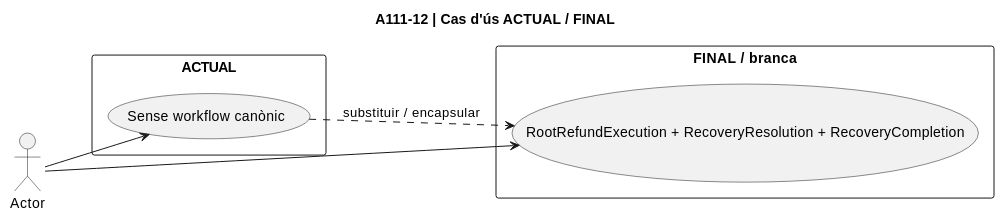
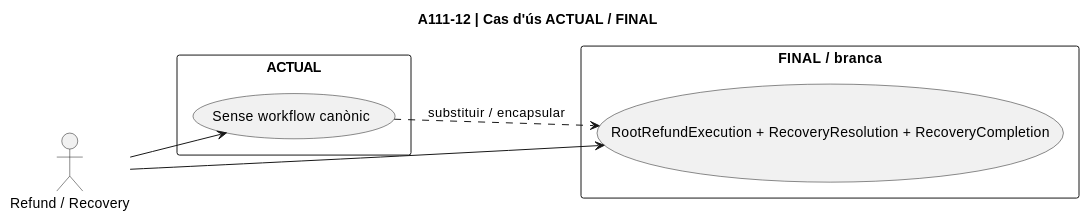
One commit to orgmeriemprismacat-del/verifactu changed diagram 45 of 48 in documentacio/07-uml-integrat/uc-111-diagrames-per-accio.md. Above: the diagram before and after it, drawn with PlantUML. The commit also changed other lines of this file, not shown here.

Commit message:
fix docs UC-111: restore explicit actor declarations in all 12 per-action use-case diagrams

````diff
--- a/documentacio/07-uml-integrat/uc-111-diagrames-per-accio.md
+++ b/documentacio/07-uml-integrat/uc-111-diagrames-per-accio.md
@@ -861,15 +872,16 @@
 ```plantuml
 @startuml
 title A111-12 | Cas d'ús ACTUAL / FINAL
 left to right direction
+actor "Refund / Recovery" as Actor
 rectangle "ACTUAL" {
   usecase "Sense workflow canònic" as Current
 }
 rectangle "FINAL / branca" {
   usecase "RootRefundExecution + RecoveryResolution + RecoveryCompletion" as Target
 }
 Actor --> Current
 Actor --> Target
 Current ..> Target : substituir / encapsular
 @enduml
 ```
````
